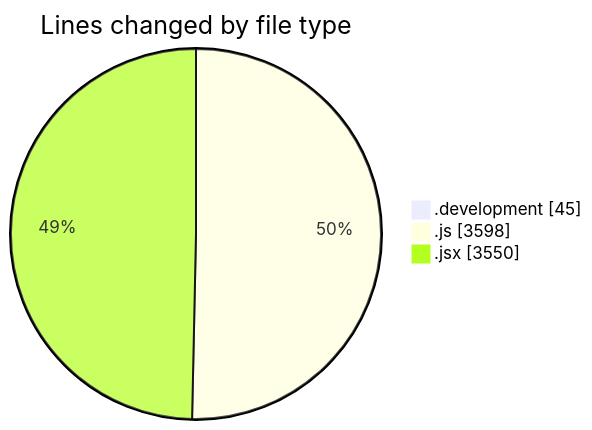
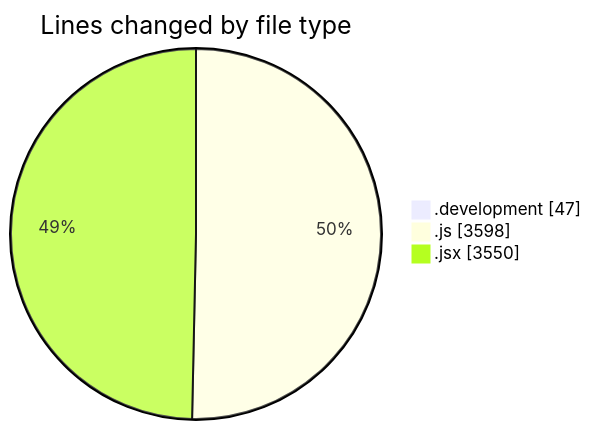
One commit to nxtqubesakshisongat/code-tracking changed the first of 2 diagrams in 2025-11-10/nxtqube_webapp/README.md. Above: the diagram before and after it, drawn with Mermaid. The commit also changed other lines of this file and 1 other file, not shown here.

````diff
--- a/2025-11-10/nxtqube_webapp/README.md
+++ b/2025-11-10/nxtqube_webapp/README.md
@@ -35,7 +35,7 @@
 ```mermaid
 pie showData
 title Lines changed by file type
-".development" : 45
+".development" : 47
 ".js" : 3598
 ".jsx" : 3550
 ```
````
